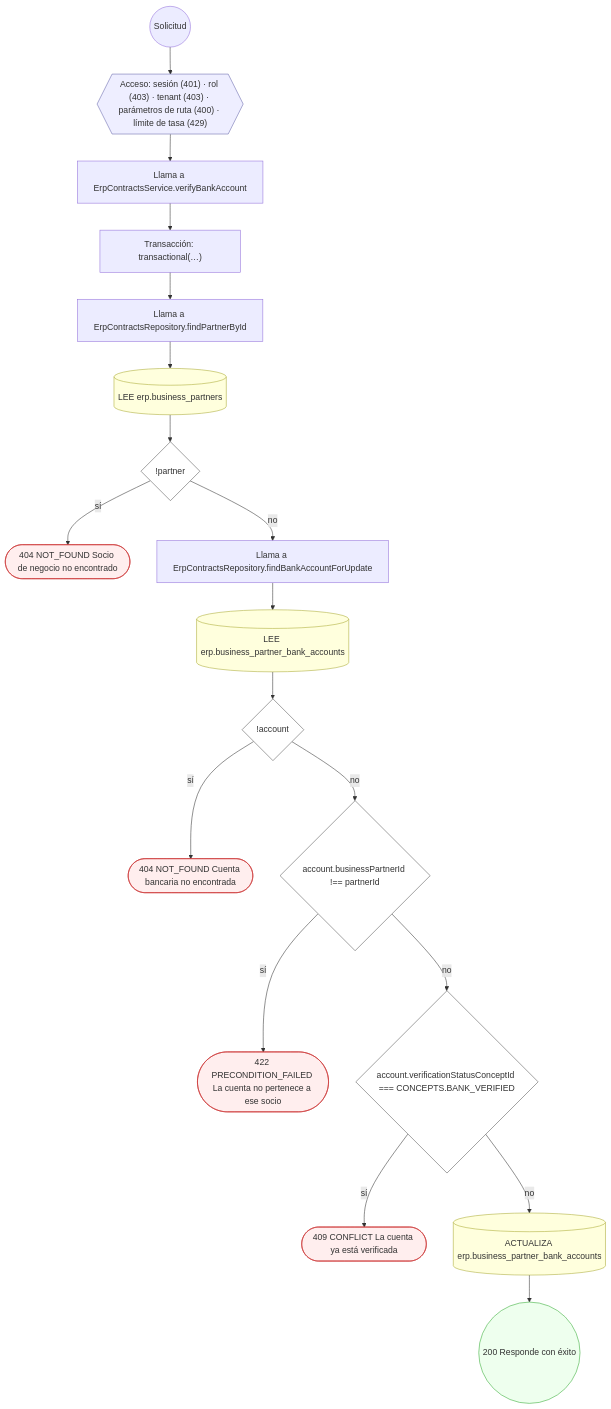
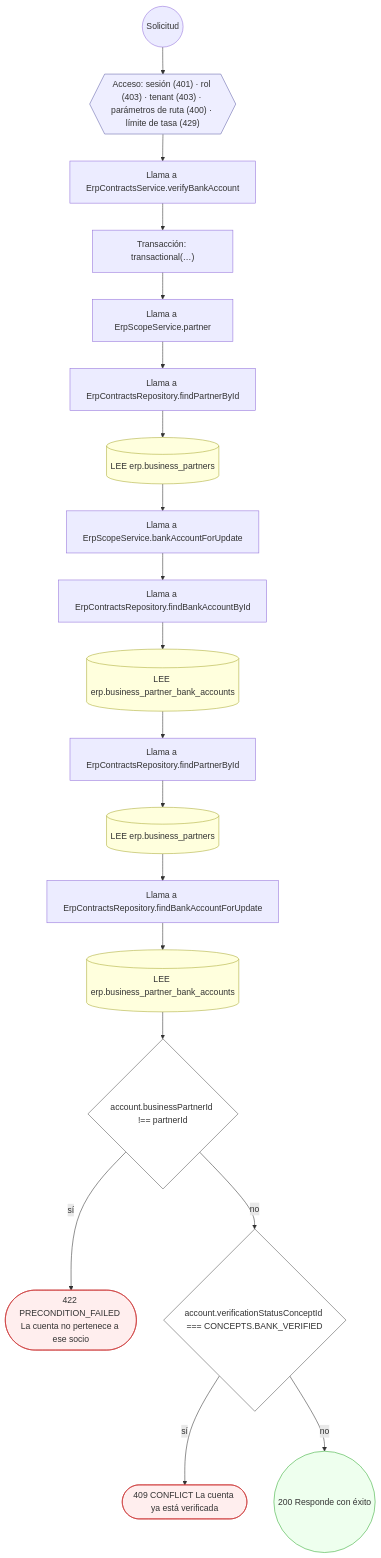
The fourth of 16 diagrams in docs/inventario/flujos/erp.md (mdavila-2001/mantra-core-health-api), drawn with Mermaid before and after one commit. The commit also changed other lines of this file and 438 other files, not shown here.

````diff
--- a/docs/inventario/flujos/erp.md
+++ b/docs/inventario/flujos/erp.md
@@ -331,44 +364,46 @@
 ```mermaid
 flowchart TD
   n1(("Solicitud")):::inicio
   n2{{"Acceso: sesión (401) · rol (403) · tenant (403) · parámetros de ruta (400) · límite de tasa (429)"}}:::acceso
   n1 --> n2
   n3["Llama a ErpContractsService.verifyBankAccount"]:::llamada
   n2 --> n3
   n4["Transacción: transactional(…)"]:::transaccion
   n3 --> n4
-  n5["Llama a ErpContractsRepository.findPartnerById"]:::llamada
+  n5["Llama a ErpScopeService.partner"]:::llamada
   n4 --> n5
-  n6[("LEE erp.business_partners")]:::efecto
+  n6["Llama a ErpContractsRepository.findPartnerById"]:::llamada
   n5 --> n6
-  n7{"!partner"}:::decision
+  n7[("LEE erp.business_partners")]:::efecto
   n6 --> n7
-  n8(["404 NOT_FOUND Socio de negocio no encontrado"]):::error
-  n7 -->|"sí"| n8
-  n9["Llama a ErpContractsRepository.findBankAccountForUpdate"]:::llamada
-  n7 -->|"no"| n9
+  n8["Llama a ErpScopeService.bankAccountForUpdate"]:::llamada
+  n7 --> n8
+  n9["Llama a ErpContractsRepository.findBankAccountById"]:::llamada
+  n8 --> n9
   n10[("LEE erp.business_partner_bank_accounts")]:::efecto
   n9 --> n10
-  n11{"!account"}:::decision
+  n11["Llama a ErpContractsRepository.findPartnerById"]:::llamada
   n10 --> n11
-  n12(["404 NOT_FOUND Cuenta bancaria no encontrada"]):::error
-  n11 -->|"sí"| n12
-  n13{"account.businessPartnerId !== partnerId"}:::decision
-  n11 -->|"no"| n13
-  n14(["422 PRECONDITION_FAILED La cuenta no pertenece a ese socio"]):::error
-  n13 -->|"sí"| n14
-  n15{"account.verificationStatusConceptId === CONCEPTS.BANK_VERIFIED"}:::decision
-  n13 -->|"no"| n15
-  n16(["409 CONFLICT La cuenta ya está verificada"]):::error
+  n12[("LEE erp.business_partners")]:::efecto
+  n11 --> n12
+  n13["Llama a ErpContractsRepository.findBankAccountForUpdate"]:::llamada
+  n12 --> n13
+  n14[("LEE erp.business_partner_bank_accounts")]:::efecto
+  n13 --> n14
+  n15{"account.businessPartnerId !== partnerId"}:::decision
+  n14 --> n15
+  n16(["422 PRECONDITION_FAILED La cuenta no pertenece a ese socio"]):::error
   n15 -->|"sí"| n16
-  n17[("ACTUALIZA erp.business_partner_bank_accounts")]:::efecto
+  n17{"account.verificationStatusConceptId === CONCEPTS.BANK_VERIFIED"}:::decision
   n15 -->|"no"| n17
-  n18(("200 Responde con éxito")):::ok
-  n17 --> n18
+  n18(["409 CONFLICT La cuenta ya está verificada"]):::error
+  n17 -->|"sí"| n18
+  n19(("200 Responde con éxito")):::ok
+  n17 -->|"no"| n19
   classDef acceso fill:#eef,stroke:#66a
   classDef error fill:#fee,stroke:#c33
   classDef ok fill:#efe,stroke:#3a3
   classDef efecto fill:#ffd,stroke:#aa3
   classDef decision fill:#fff,stroke:#555
   classDef corte fill:#eee,stroke:#999,stroke-dasharray: 4
 ```
````
